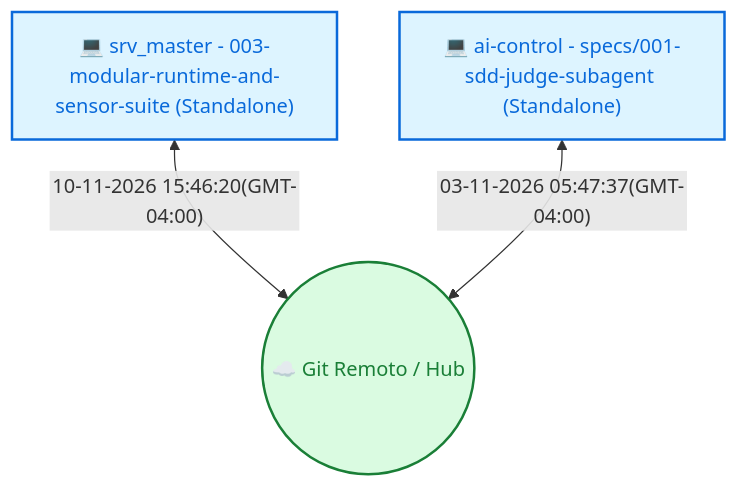
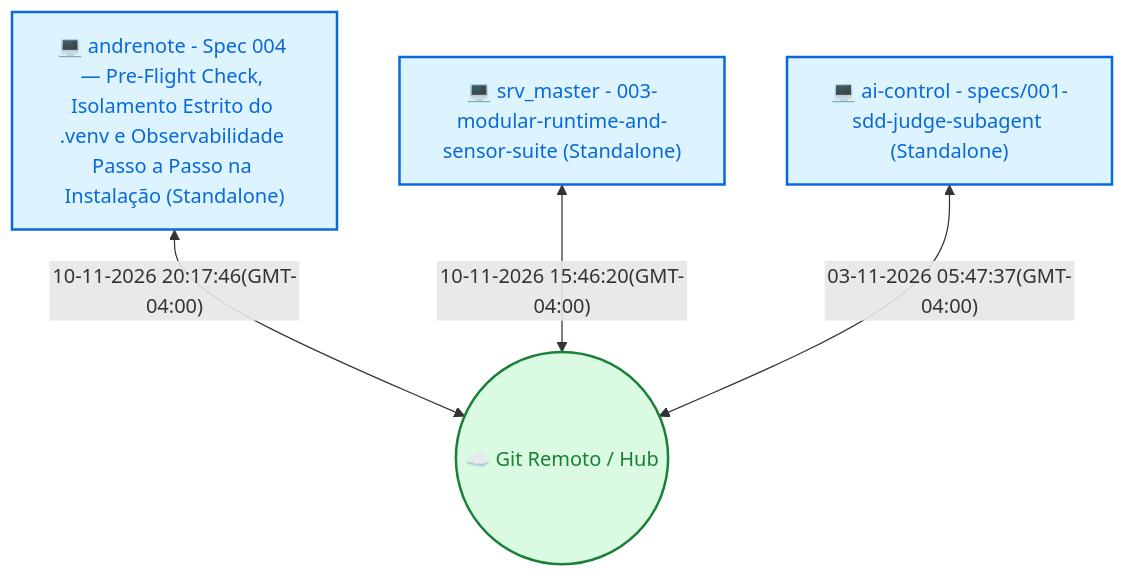
One commit to andreticba/vitalia-spec-kit-context changed the diagram in README.md. Above: the diagram before and after it, drawn with Mermaid. The commit also changed other lines of this file and 11 other files, not shown here.

````diff
--- a/README.md
+++ b/README.md
@@ -21,11 +21,14 @@
 ```mermaid
 flowchart TD
   Cloud(("☁️ Git Remoto / Hub"))
+  M_7f367bd3["💻 andrenote - Spec 004 — Pre-Flight Check, Isolamento Estrito do .venv e Observabilidade Passo a Passo na Instalação (Standalone)"]
+  M_7f367bd3 <-->|"10-11-2026 20:17:46(GMT-04:00)"| Cloud
+  style M_7f367bd3 stroke:#0969da,stroke-width:2px,fill:#ddf4ff,color:#0969da
   M_eb10269b["💻 srv_master - 003-modular-runtime-and-sensor-suite (Standalone)"]
   M_eb10269b <-->|"10-11-2026 15:46:20(GMT-04:00)"| Cloud
   style M_eb10269b stroke:#0969da,stroke-width:2px,fill:#ddf4ff,color:#0969da
   M_17a6f667["💻 ai-control - specs/001-sdd-judge-subagent (Standalone)"]
   M_17a6f667 <-->|"03-11-2026 05:47:37(GMT-04:00)"| Cloud
   style M_17a6f667 stroke:#0969da,stroke-width:2px,fill:#ddf4ff,color:#0969da
   style Cloud stroke:#1a7f37,stroke-width:2px,fill:#dafbe1,color:#1a7f37
 ```
````
